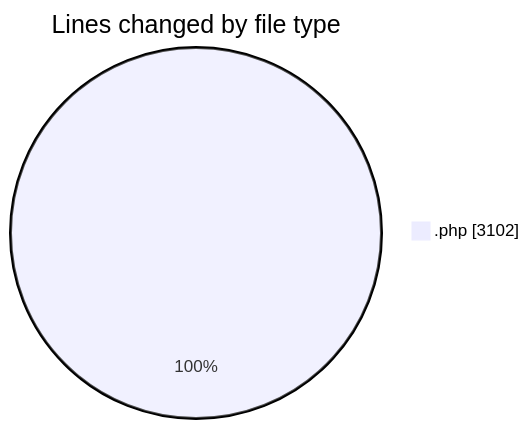
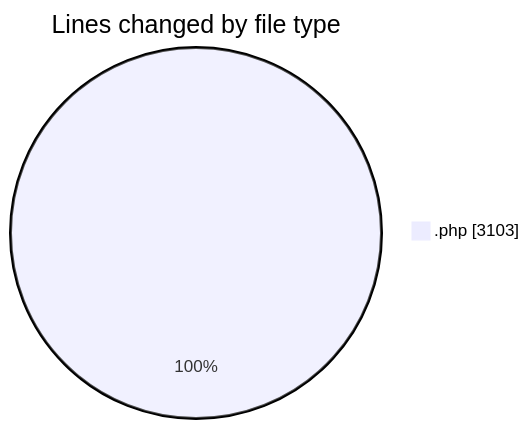
Before and after one commit to debugP/code-tracking: the first of 2 diagrams in 2025-10-29/untitled__workspace_/README.md, drawn with Mermaid. The commit also changed other lines of this file and 1 other file, not shown here.

````diff
--- a/2025-10-29/untitled__workspace_/README.md
+++ b/2025-10-29/untitled__workspace_/README.md
@@ -22,5 +22,5 @@
 ```mermaid
 pie showData
 title Lines changed by file type
-".php" : 3102
+".php" : 3103
 ```
````
